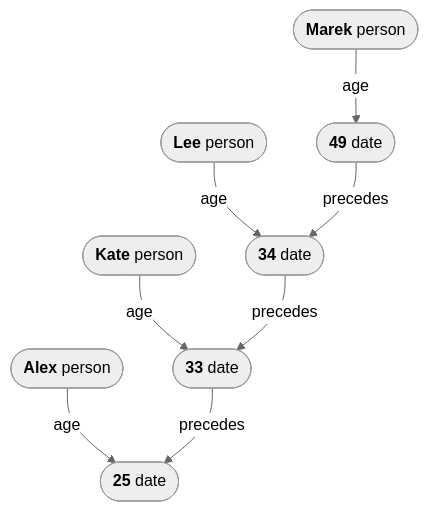
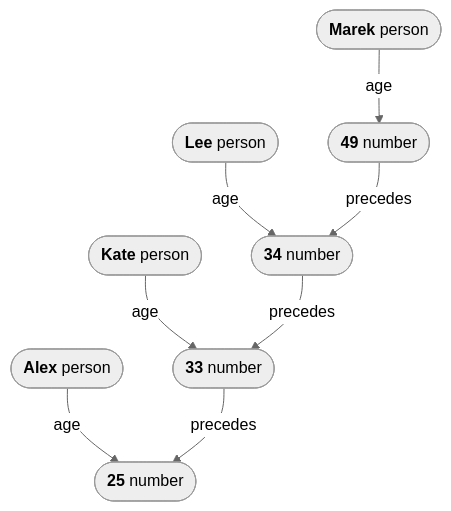
Before and after one commit to conmaol/maglocunus: the fifth of 11 diagrams in d/data.md, drawn with Mermaid (neutral theme).

Commit message:
Change 'date' to 'number' in flowchart

````diff
--- a/d/data.md
+++ b/d/data.md
@@ -115,18 +115,18 @@
 ```mermaid
 flowchart TD
     bb(["`**Marek** person`"])
-    cc(["`**49** date`"])
+    cc(["`**49** number`"])
     bb -- age --> cc
     bbb(["`**Lee** person`"])
-    ccc(["`**34** date`"])
+    ccc(["`**34** number`"])
     bbb -- age --> ccc
     b(["`**Kate** person`"])
-    c(["`**33** date`"])
+    c(["`**33** number`"])
     b -- age --> c
     bbbb(["`**Alex** person`"])
-    cccc(["`**25** date`"])
+    cccc(["`**25** number`"])
     bbbb -- age --> cccc
     cc -- precedes --> ccc
     ccc -- precedes --> c
     c -- precedes --> cccc
 ```
````
